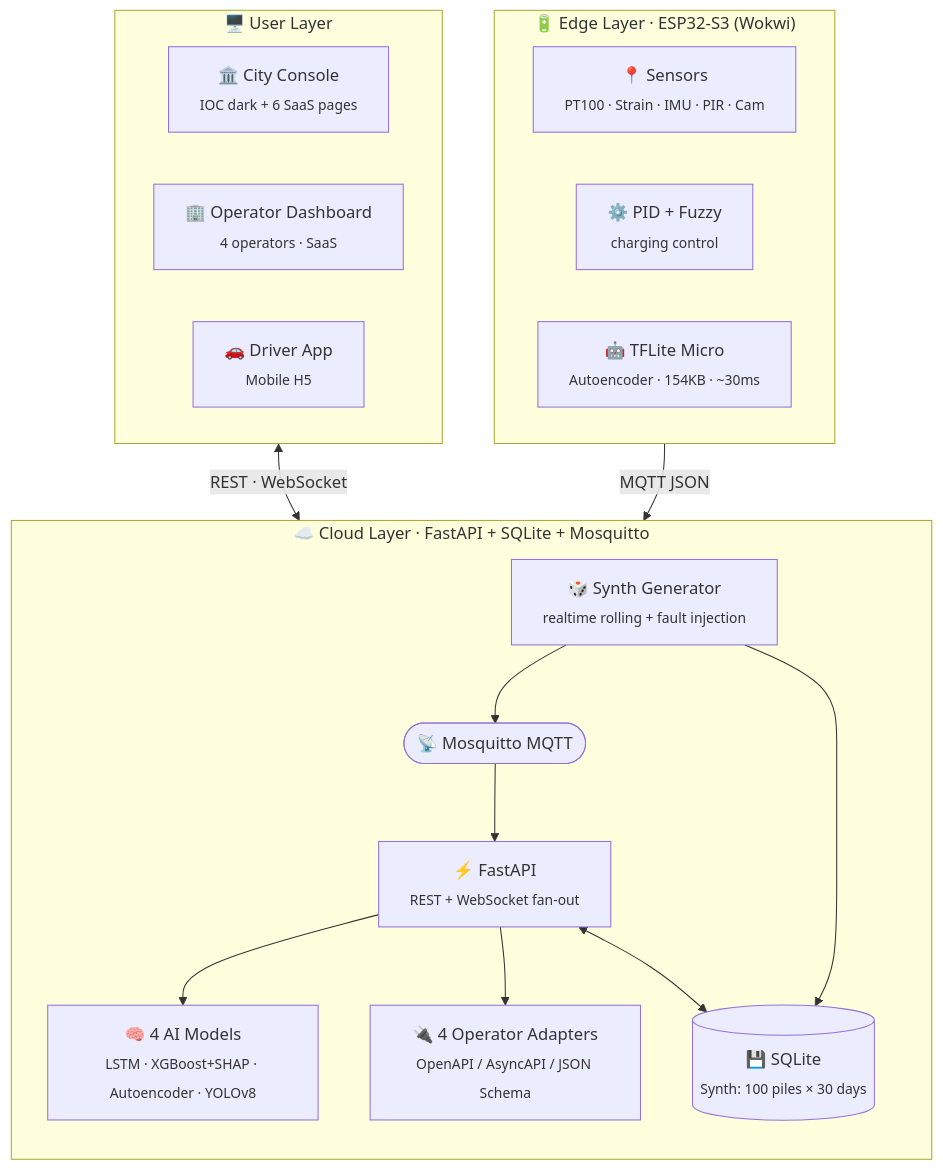
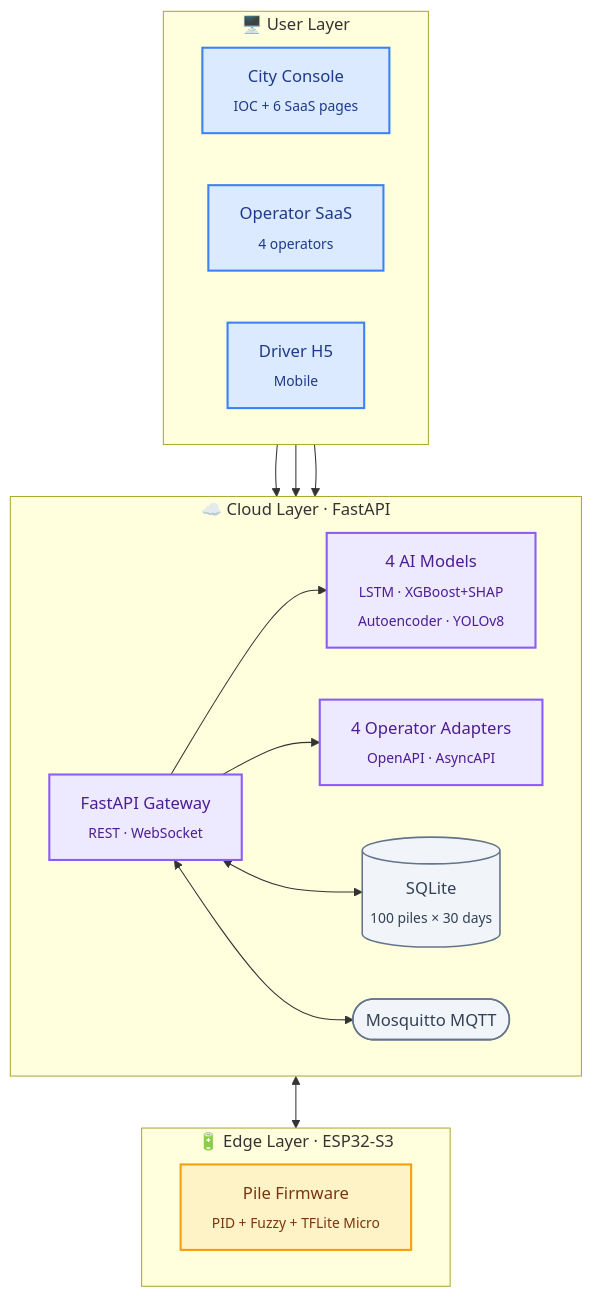
One commit to lucifer-holly/hangzhou-ev-brain changed the diagram in README.md. Above: the diagram before and after it, drawn with Mermaid. The commit also changed 1 other file, not shown here.

Commit message:
refactor: redesign README architecture diagram for cleaner Mermaid render
The previous diagram had 12 nodes spread across three subgraphs, mixed
shapes, an emoji on every node, and no color hierarchy — GitHub's
auto-layout produced crossing edges that were hard to scan.

Redesign:
- Drop Synth Generator from the diagram (kept in docs/architecture.md)
- Merge Edge Layer's Sensors / Control / TFLM into one Pile Firmware node
- Color-code three layers via classDef:
  blue (User) / violet (Cloud) / amber (Edge) / slate (Storage)
- Reduce emoji usage to one per subgraph title only
- Same redesign mirrored in README.zh.md with Chinese labels

````diff
--- a/README.md
+++ b/README.md
@@ -142,35 +142,42 @@
 ```mermaid
 flowchart TB
-    subgraph User["🖥️ User Layer"]
+    subgraph user["🖥️ User Layer"]
         direction LR
-        CC["🏛️ City Console<br/><sub>IOC dark + 6 SaaS pages</sub>"]
-        OD["🏢 Operator Dashboard<br/><sub>4 operators · SaaS</sub>"]
-        DA["🚗 Driver App<br/><sub>Mobile H5</sub>"]
+        U1["City Console<br/><sub>IOC + 6 SaaS pages</sub>"]
+        U2["Operator SaaS<br/><sub>4 operators</sub>"]
+        U3["Driver H5<br/><sub>Mobile</sub>"]
     end
 
-    subgraph Cloud["☁️ Cloud Layer · FastAPI + SQLite + Mosquitto"]
-        direction TB
-        API["⚡ FastAPI<br/><sub>REST + WebSocket fan-out</sub>"]
-        AI["🧠 4 AI Models<br/><sub>LSTM · XGBoost+SHAP · Autoencoder · YOLOv8</sub>"]
-        ADP["🔌 4 Operator Adapters<br/><sub>OpenAPI / AsyncAPI / JSON Schema</sub>"]
-        MQTT(["📡 Mosquitto MQTT"])
-        DB[("💾 SQLite<br/><sub>Synth: 100 piles × 30 days</sub>")]
-        SYNTH["🎲 Synth Generator<br/><sub>realtime rolling + fault injection</sub>"]
+    subgraph cloud["☁️ Cloud Layer · FastAPI"]
+        direction LR
+        API["FastAPI Gateway<br/><sub>REST · WebSocket</sub>"]
+        AI["4 AI Models<br/><sub>LSTM · XGBoost+SHAP<br/>Autoencoder · YOLOv8</sub>"]
+        ADP["4 Operator Adapters<br/><sub>OpenAPI · AsyncAPI</sub>"]
+        DB[("SQLite<br/><sub>100 piles × 30 days</sub>")]
+        MQ(["Mosquitto MQTT"])
     end
 
-    subgraph Edge["🔋 Edge Layer · ESP32-S3 (Wokwi)"]
+    subgraph edge["🔋 Edge Layer · ESP32-S3"]
         direction LR
-        SENS["📍 Sensors<br/><sub>PT100 · Strain · IMU · PIR · Cam</sub>"]
-        CTRL["⚙️ PID + Fuzzy<br/><sub>charging control</sub>"]
-        TFLM["🤖 TFLite Micro<br/><sub>Autoencoder · 154KB · ~30ms</sub>"]
+        ESP["Pile Firmware<br/><sub>PID + Fuzzy + TFLite Micro</sub>"]
     end
 
-    User <-->|"REST · WebSocket"| API
+    U1 --> API
+    U2 --> API
+    U3 --> API
     API --> AI
     API --> ADP
     API <--> DB
-    SYNTH --> DB
-    SYNTH --> MQTT
-    Edge -->|"MQTT JSON"| MQTT
-    MQTT --> API
+    API <--> MQ
+    MQ <--> ESP
+
+    classDef userStyle fill:#dbeafe,stroke:#3b82f6,stroke-width:2px,color:#1e3a8a
+    classDef cloudStyle fill:#ede9fe,stroke:#8b5cf6,stroke-width:2px,color:#4c1d95
+    classDef edgeStyle fill:#fef3c7,stroke:#f59e0b,stroke-width:2px,color:#78350f
+    classDef storeStyle fill:#f1f5f9,stroke:#64748b,stroke-width:1.5px,color:#334155
+
+    class U1,U2,U3 userStyle
+    class API,AI,ADP cloudStyle
+    class DB,MQ storeStyle
+    class ESP edgeStyle
 ```
````
